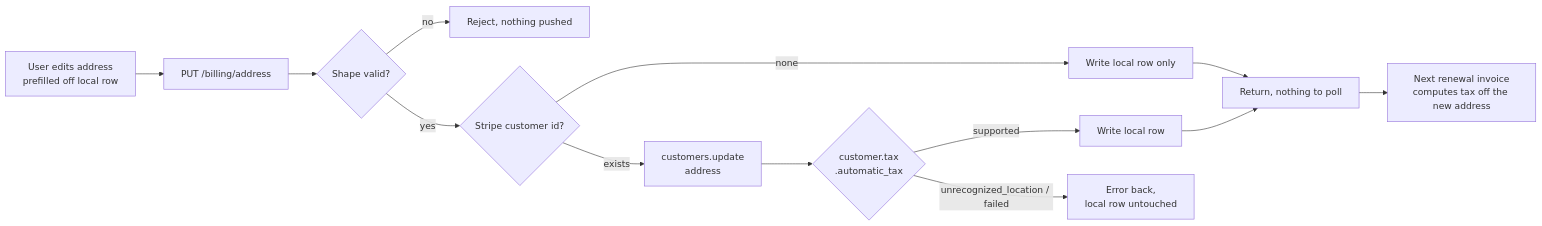
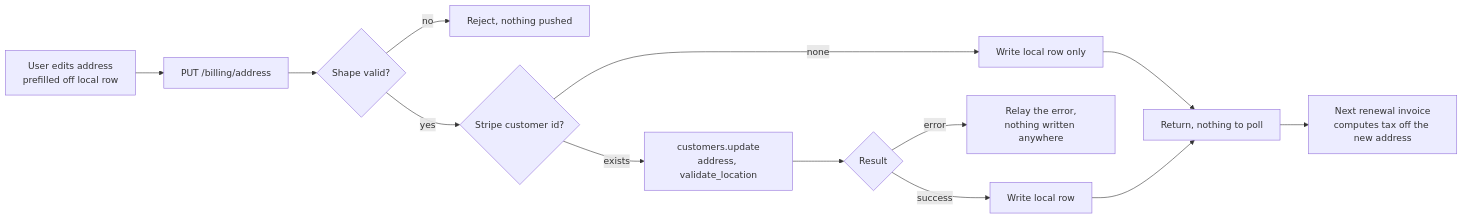
One commit to websanova/starter-flows changed the diagram in flows/billing/stripe/address-update.md. Above: the diagram before and after it, drawn with Mermaid. The commit also changed other lines of this file, not shown here.

Commit message:
Final pass on address update with tax validate_location on.

````diff
--- a/flows/billing/stripe/address-update.md
+++ b/flows/billing/stripe/address-update.md
@@ -42,19 +41,19 @@
 ```mermaid
 flowchart LR
     A["User edits address<br/>prefilled off local row"] --> B["PUT /billing/address"]
     B --> C{Shape valid?}
 
     C -->|no| C1[Reject, nothing pushed]
     C -->|yes| D{Stripe customer id?}
 
     D -->|none| E[Write local row only]
-    D -->|exists| F["customers.update<br/>address"]
+    D -->|exists| F["customers.update<br/>address, validate_location"]
 
-    F --> G{"customer.tax<br/>.automatic_tax"}
-    G -->|supported| H[Write local row]
-    G -->|unrecognized_location / failed| I["Error back,<br/>local row untouched"]
+    F --> G{Result}
+    G -->|error| I["Relay the error,<br/>nothing written anywhere"]
+    G -->|success| H[Write local row]
 
     E --> J[Return, nothing to poll]
     H --> J
     J --> K["Next renewal invoice<br/>computes tax off the new address"]
 ```
````
